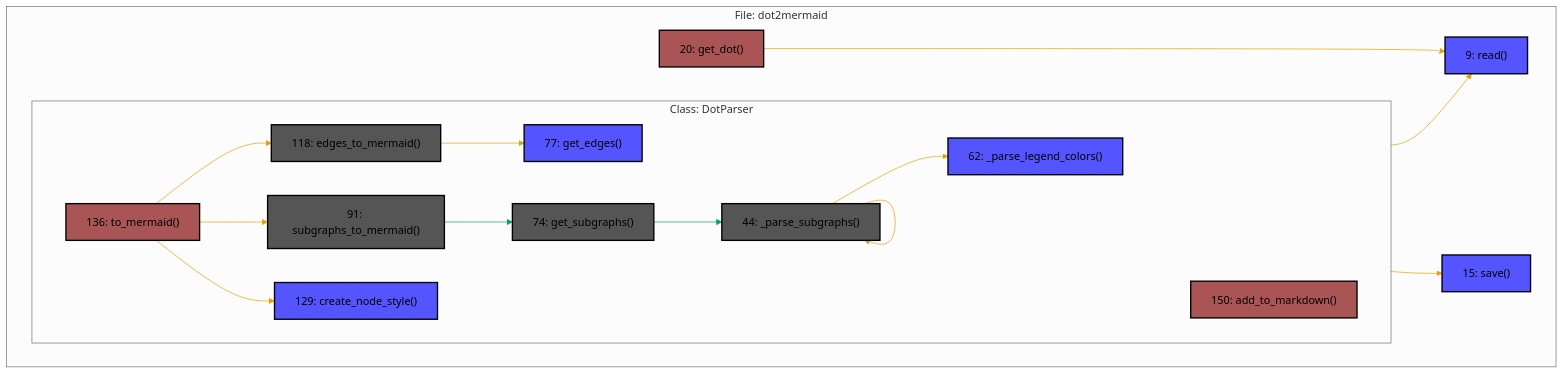
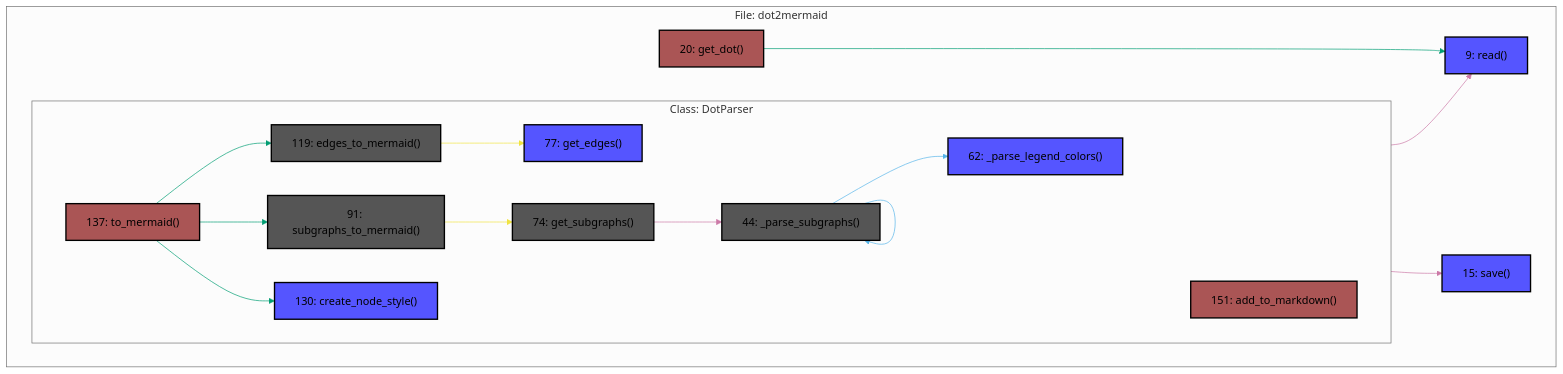
The diagram in README.md (HoseynAAmiri/dot2mermaid), drawn with Mermaid (neutral theme) before and after one commit. The commit also changed 1 other file, not shown here.

Commit message:
init package

````diff
--- a/README.md
+++ b/README.md
@@ -33,62 +33,62 @@
 ```mermaid
 graph LR
     %% Subgraphs
     subgraph File: dot2mermaid
         direction LR
         subgraph Class: DotParser
-                direction LR
-                node_22df8e62["62: _parse_legend_colors()"]:::leaf
-                node_5f8b35b1["44: _parse_subgraphs()"]:::filled
-                node_5497ea49["150: add_to_markdown()"]:::trunk
-                node_02ca0a3f["129: create_node_style()"]:::leaf
-                node_51d03dd9["118: edges_to_mermaid()"]:::filled
-                node_16523e49["77: get_edges()"]:::leaf
-                node_5c227bbb["74: get_subgraphs()"]:::filled
-                node_d13d141b["91: subgraphs_to_mermaid()"]:::filled
-                node_2dadf109["136: to_mermaid()"]:::trunk
+            direction LR
+            node_e87307ce["62: _parse_legend_colors()"]:::leaf
+            node_4ae5ed1a["44: _parse_subgraphs()"]:::filled
+            node_9e04e6af["151: add_to_markdown()"]:::trunk
+            node_1435b8f8["130: create_node_style()"]:::leaf
+            node_ba5c8ee4["119: edges_to_mermaid()"]:::filled
+            node_6fed536c["77: get_edges()"]:::leaf
+            node_c9b26d7f["74: get_subgraphs()"]:::filled
+            node_4c63ab74["91: subgraphs_to_mermaid()"]:::filled
+            node_c0357d7b["137: to_mermaid()"]:::trunk
         end
-        node_22df8e62["62: _parse_legend_colors()"]:::leaf
-        node_5f8b35b1["44: _parse_subgraphs()"]:::filled
-        node_5497ea49["150: add_to_markdown()"]:::trunk
-        node_02ca0a3f["129: create_node_style()"]:::leaf
-        node_51d03dd9["118: edges_to_mermaid()"]:::filled
-        node_16523e49["77: get_edges()"]:::leaf
-        node_5c227bbb["74: get_subgraphs()"]:::filled
-        node_d13d141b["91: subgraphs_to_mermaid()"]:::filled
-        node_2dadf109["136: to_mermaid()"]:::trunk
-        node_961733e1["20: get_dot()"]:::trunk
-        node_067f6587["9: read()"]:::leaf
-        node_873f0360["15: save()"]:::leaf
+        node_e87307ce["62: _parse_legend_colors()"]:::leaf
+        node_4ae5ed1a["44: _parse_subgraphs()"]:::filled
+        node_9e04e6af["151: add_to_markdown()"]:::trunk
+        node_1435b8f8["130: create_node_style()"]:::leaf
+        node_ba5c8ee4["119: edges_to_mermaid()"]:::filled
+        node_6fed536c["77: get_edges()"]:::leaf
+        node_c9b26d7f["74: get_subgraphs()"]:::filled
+        node_4c63ab74["91: subgraphs_to_mermaid()"]:::filled
+        node_c0357d7b["137: to_mermaid()"]:::trunk
+        node_3a20c0f3["20: get_dot()"]:::trunk
+        node_98f88cb0["9: read()"]:::leaf
+        node_ec40940c["15: save()"]:::leaf
     end
 
     %% Edges
-    node_5f8b35b1 --> node_22df8e62
-    node_5f8b35b1 --> node_5f8b35b1
-    node_5497ea49 --> node_067f6587
-    node_5497ea49 --> node_873f0360
-    node_51d03dd9 --> node_16523e49
-    node_5c227bbb --> node_5f8b35b1
-    node_d13d141b --> node_5c227bbb
-    node_2dadf109 --> node_02ca0a3f
-    node_2dadf109 --> node_51d03dd9
-    node_2dadf109 --> node_d13d141b
-    node_961733e1 --> node_067f6587
+    node_4ae5ed1a --> node_e87307ce
+    node_4ae5ed1a --> node_4ae5ed1a
+    node_9e04e6af --> node_98f88cb0
+    node_9e04e6af --> node_ec40940c
+    node_ba5c8ee4 --> node_6fed536c
+    node_c9b26d7f --> node_4ae5ed1a
+    node_4c63ab74 --> node_c9b26d7f
+    node_c0357d7b --> node_1435b8f8
+    node_c0357d7b --> node_ba5c8ee4
+    node_c0357d7b --> node_4c63ab74
+    node_3a20c0f3 --> node_98f88cb0
 
     %% Edge styles
-    linkStyle 0 stroke:#E69F00
-    linkStyle 1 stroke:#E69F00
-    linkStyle 2 stroke:#E69F00
-    linkStyle 3 stroke:#E69F00
-    linkStyle 4 stroke:#E69F00
-    linkStyle 5 stroke:#009E73
-    linkStyle 6 stroke:#009E73
-    linkStyle 7 stroke:#E69F00
-    linkStyle 8 stroke:#E69F00
-    linkStyle 9 stroke:#E69F00
-    linkStyle 10 stroke:#E69F00
+    linkStyle 0 stroke:#56B4E9
+    linkStyle 1 stroke:#56B4E9
+    linkStyle 2 stroke:#CC79A7
+    linkStyle 3 stroke:#CC79A7
+    linkStyle 4 stroke:#F0E442
+    linkStyle 5 stroke:#CC79A7
+    linkStyle 6 stroke:#F0E442
+    linkStyle 7 stroke:#009E73
+    linkStyle 8 stroke:#009E73
+    linkStyle 9 stroke:#009E73
+    linkStyle 10 stroke:#009E73
 
     %% Node styles
     classDef filled fill:#555555,stroke:#000000,stroke-width:2px;
     classDef leaf fill:#5555FF,stroke:#000000,stroke-width:2px;
     classDef trunk fill:#AA5555,stroke:#000000,stroke-width:2px;
 ```
````
